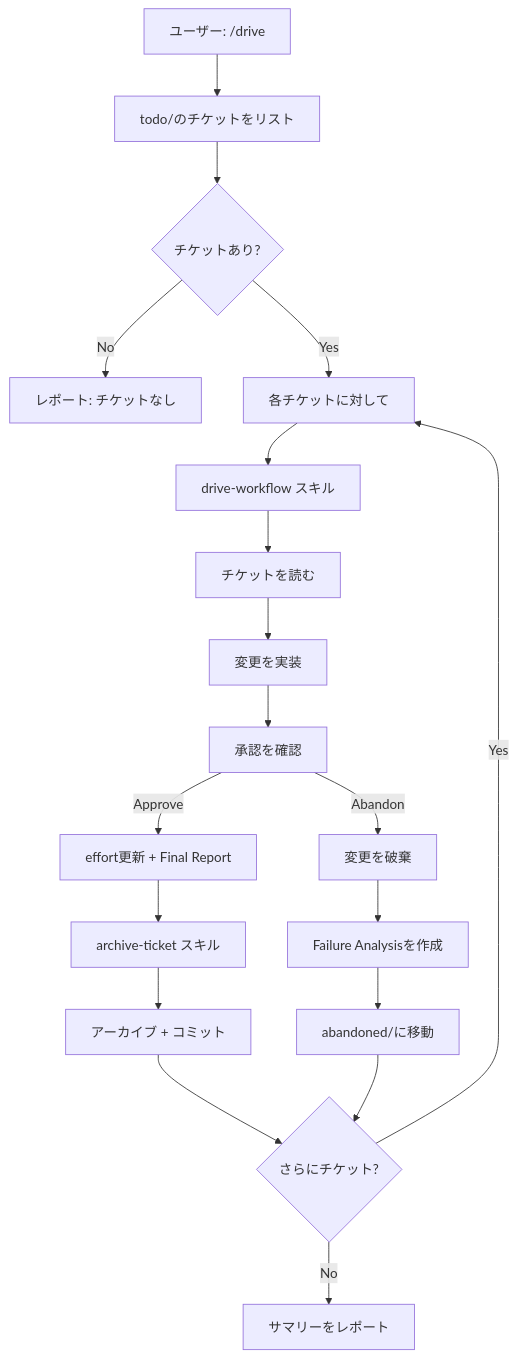
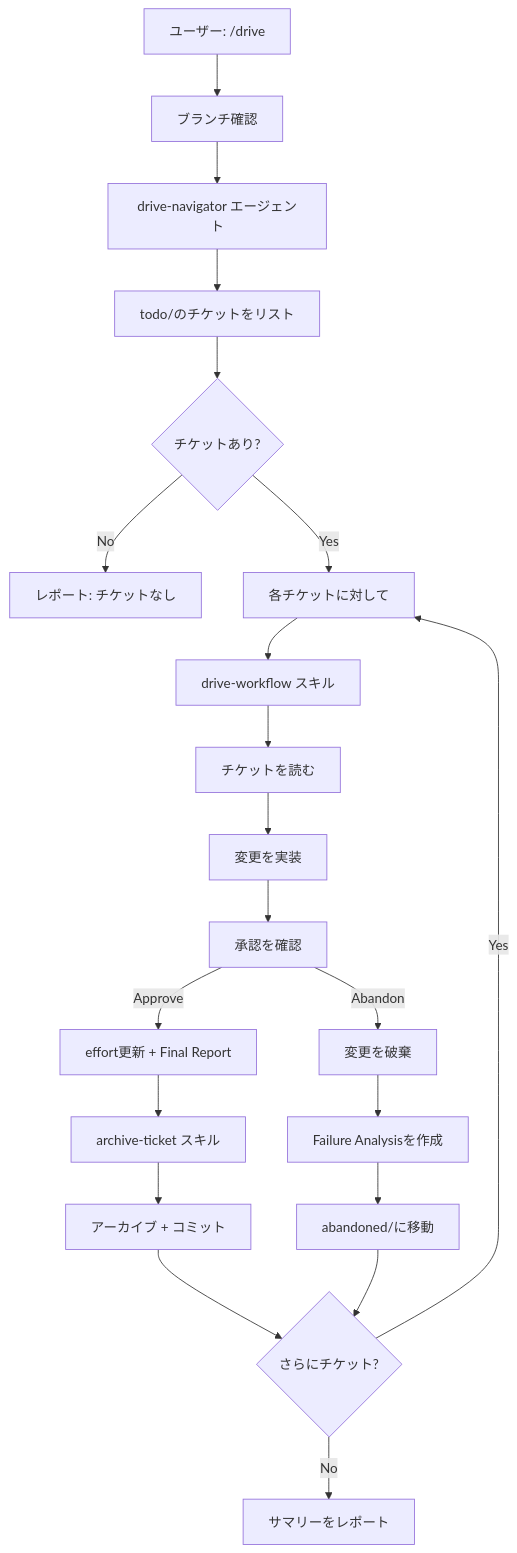
Before and after one commit to qmu/workaholic: the second of 3 diagrams in .workaholic/specs/command-flows_ja.md, drawn with Mermaid. The commit also changed other lines of this file and 12 other files, not shown here.

````diff
--- a/.workaholic/specs/command-flows_ja.md
+++ b/.workaholic/specs/command-flows_ja.md
@@ -75,21 +75,23 @@
 ```mermaid
 flowchart TD
-    A[ユーザー: /drive] --> B[todo/のチケットをリスト]
-    B --> C{チケットあり?}
-    C -->|No| D[レポート: チケットなし]
-    C -->|Yes| E[各チケットに対して]
-    E --> F[drive-workflow スキル]
-    F --> G[チケットを読む]
-    G --> H[変更を実装]
-    H --> I[承認を確認]
-    I -->|Approve| J[effort更新 + Final Report]
-    I -->|Abandon| K[変更を破棄]
-    K --> L[Failure Analysisを作成]
-    L --> M[abandoned/に移動]
-    J --> N[archive-ticket スキル]
-    N --> O[アーカイブ + コミット]
-    O --> P{さらにチケット?}
-    M --> P
-    P -->|Yes| E
-    P -->|No| Q[サマリーをレポート]
+    A[ユーザー: /drive] --> B[ブランチ確認]
+    B --> C[drive-navigator エージェント]
+    C --> D[todo/のチケットをリスト]
+    D --> E{チケットあり?}
+    E -->|No| F[レポート: チケットなし]
+    E -->|Yes| G[各チケットに対して]
+    G --> H[drive-workflow スキル]
+    H --> I[チケットを読む]
+    I --> J[変更を実装]
+    J --> K[承認を確認]
+    K -->|Approve| L[effort更新 + Final Report]
+    K -->|Abandon| M[変更を破棄]
+    M --> N[Failure Analysisを作成]
+    N --> O[abandoned/に移動]
+    L --> P[archive-ticket スキル]
+    P --> Q[アーカイブ + コミット]
+    Q --> R{さらにチケット?}
+    O --> R
+    R -->|Yes| G
+    R -->|No| S[サマリーをレポート]
 ```
````
